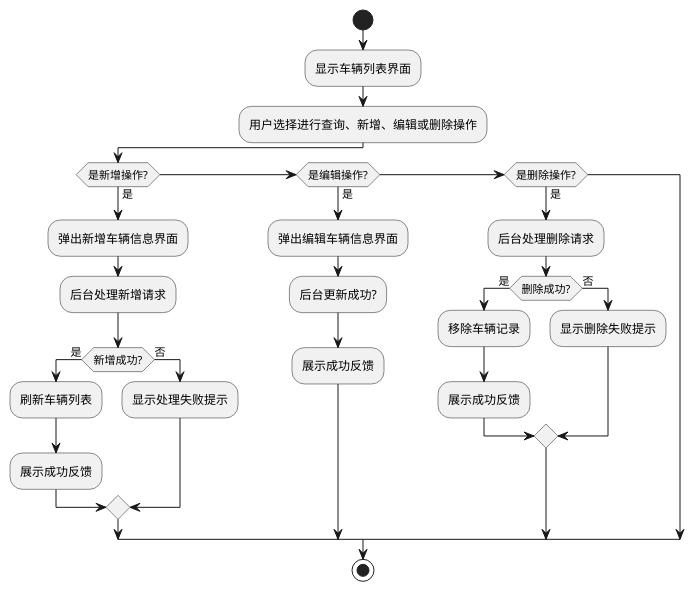
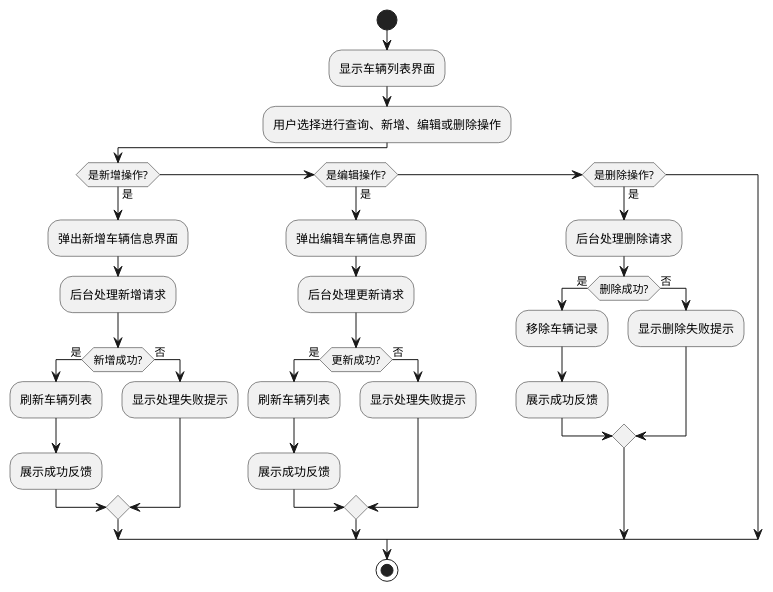
One commit to liyijia220/kuaidi changed the diagram in 图/车辆管理流程图.puml. Above: the diagram before and after it, drawn with PlantUML. The commit also changed 7 other files, not shown here.

```diff
--- a/图/车辆管理流程图.puml
+++ b/图/车辆管理流程图.puml
@@ -1,31 +1,35 @@
 @startuml
 start
 :显示车辆列表界面;
-
 :用户选择进行查询、新增、编辑或删除操作;
 
 if (是新增操作?) then (是)
   :弹出新增车辆信息界面;
   :后台处理新增请求;
   if (新增成功?) then (是)
     :刷新车辆列表;
     :展示成功反馈;
   else (否)
     :显示处理失败提示;
   endif
 else if (是编辑操作?) then (是)
   :弹出编辑车辆信息界面;
-  :后台更新成功?;
-  :展示成功反馈;
+  :后台处理更新请求;
+  if (更新成功?) then (是)
+    :刷新车辆列表;
+    :展示成功反馈;
+  else (否)
+    :显示处理失败提示;
+  endif
 else if (是删除操作?) then (是)
   :后台处理删除请求;
   if (删除成功?) then (是)
     :移除车辆记录;
     :展示成功反馈;
   else (否)
     :显示删除失败提示;
   endif
 endif
 
 stop
 @enduml
```
